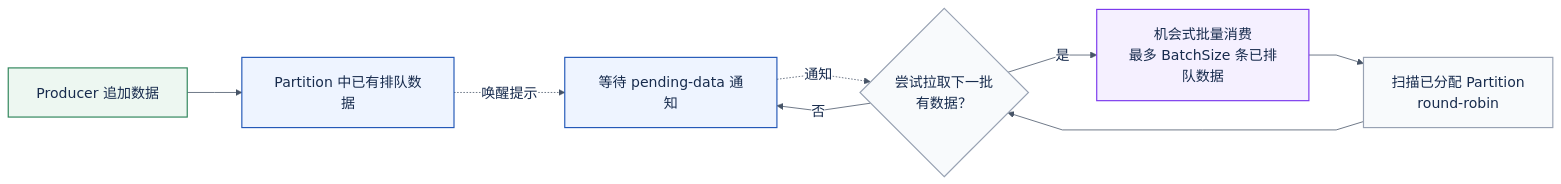
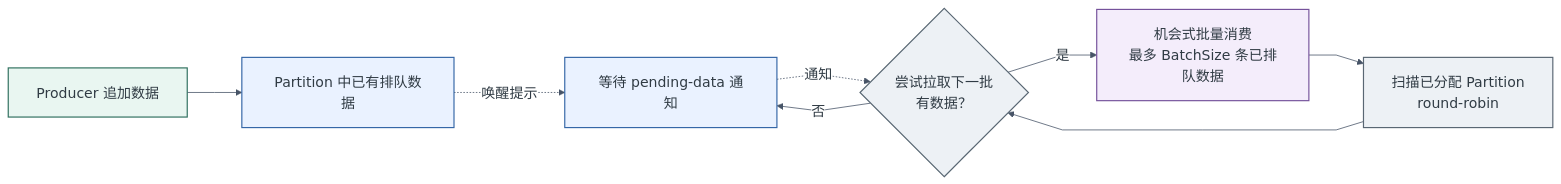
The diagram in docs/assets/bufferqueue-opportunistic-batching.zh-CN.mmd (eventhorizon-cli/BufferQueue), drawn with Mermaid before and after one commit. The commit also changed 13 other files, not shown here.

Commit message:
docs: redraw bilingual designs with the original diagram style

```diff
--- a/docs/assets/bufferqueue-opportunistic-batching.zh-CN.mmd
+++ b/docs/assets/bufferqueue-opportunistic-batching.zh-CN.mmd
@@ -1,37 +1,37 @@
 ---
 config:
   flowchart:
     htmlLabels: true
     curve: linear
     nodeSpacing: 55
     rankSpacing: 70
     padding: 18
   theme: base
   themeVariables:
     fontFamily: "Arial, PingFang SC, Microsoft YaHei, sans-serif"
     fontSize: 18px
-    primaryTextColor: "#172b4d"
+    primaryTextColor: "#303b44"
     lineColor: "#475467"
     edgeLabelBackground: "#ffffff"
     clusterBkg: "#f8fafc"
     clusterBorder: "#d0d5dd"
 ---
 flowchart LR
     P[Producer 追加数据] --> Q[Partition 中已有排队数据]
     Q -. 唤醒提示 .-> W[等待 pending-data 通知]
     W -. 通知 .-> D{尝试拉取下一批<br/>有数据？}
     S[扫描已分配 Partition<br/>round-robin] --> D
     D -- 是 --> B[机会式批量消费<br/>最多 BatchSize 条已排队数据]
     B --> S
     D -- 否 --> W
 
     class P client
     class Q router
     class S,D core
     class W wait
     class B handler
-    classDef client fill:#edf7f1,stroke:#2f855a,color:#172b4d,stroke-width:1.5px
-    classDef router fill:#eef4ff,stroke:#2459b8,color:#172b4d,stroke-width:1.5px
-    classDef core fill:#f8fafc,stroke:#98a2b3,color:#172b4d,stroke-width:1.5px
-    classDef wait fill:#eef4ff,stroke:#2459b8,color:#172b4d,stroke-width:1.5px
-    classDef handler fill:#f5f0ff,stroke:#7c3aed,color:#172b4d,stroke-width:1.5px
+    classDef client fill:#e9f6f1,stroke:#2f6f5e,color:#303b44,stroke-width:1.5px
+    classDef router fill:#eaf2ff,stroke:#3567a7,color:#303b44,stroke-width:1.5px
+    classDef core fill:#edf1f5,stroke:#596773,color:#303b44,stroke-width:1.5px
+    classDef wait fill:#eaf2ff,stroke:#3567a7,color:#303b44,stroke-width:1.5px
+    classDef handler fill:#f4edfb,stroke:#75529b,color:#303b44,stroke-width:1.5px
```
